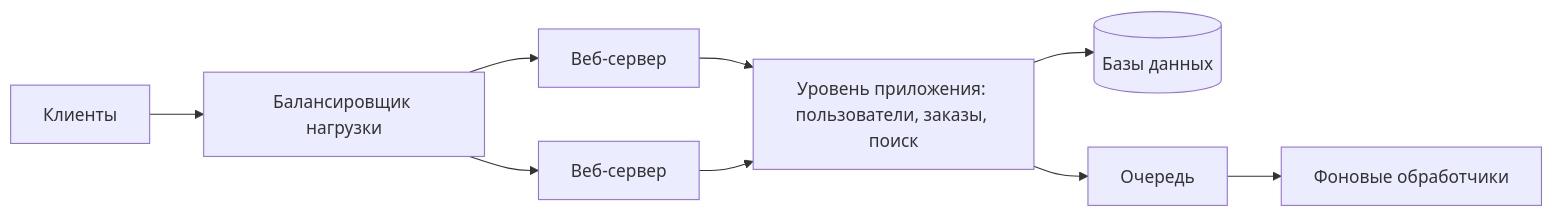
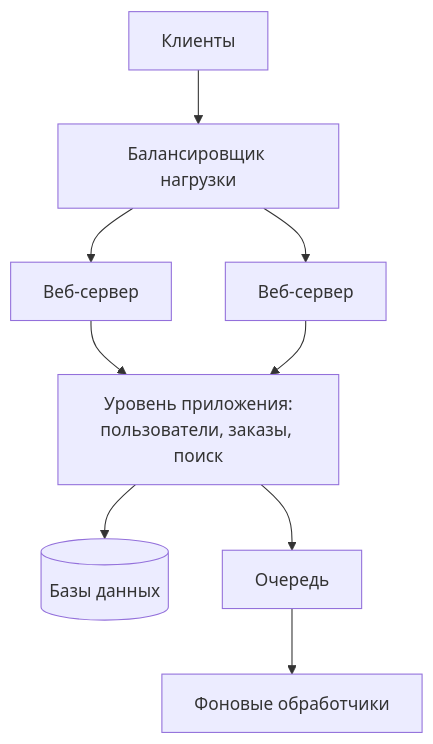
The first of 2 diagrams in src/content/docs/ru/architecture/monolith-and-microservices.mdx (butyavk/system-design), drawn with Mermaid before and after one commit. The commit also changed other lines of this file and 144 other files, not shown here.

````diff
--- a/src/content/docs/ru/architecture/monolith-and-microservices.mdx
+++ b/src/content/docs/ru/architecture/monolith-and-microservices.mdx
@@ -23,10 +23,10 @@
 ```mermaid
-flowchart LR
+flowchart TB
   clients["Клиенты"] --> lb["Балансировщик нагрузки"]
   lb --> web1["Веб-сервер"]
   lb --> web2["Веб-сервер"]
-  web1 & web2 --> app["Уровень приложения: пользователи, заказы, поиск"]
+  web1 & web2 --> app["Уровень приложения:<br/>пользователи, заказы, поиск"]
   app --> db[("Базы данных")]
   app --> q["Очередь"]
   q --> workers["Фоновые обработчики"]
 ```
````
